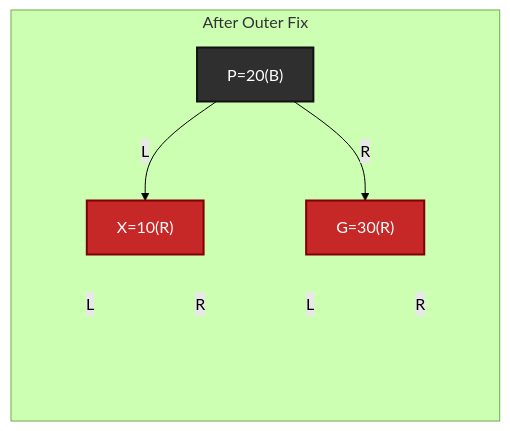
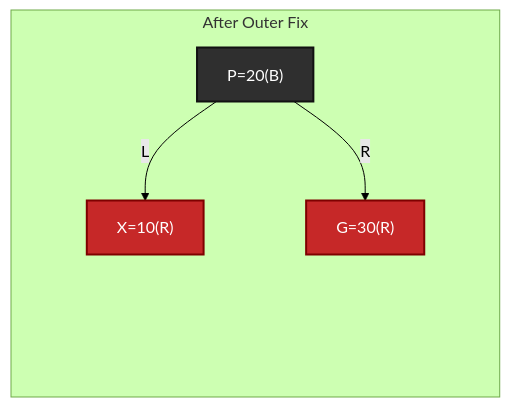
Diagram 16 of 24 in knowledge/linux/data_structures/红黑树_rb-tree/P35_红黑插入与红红冲突上推.md (FormingSystem/linux_note), drawn with Mermaid (forest theme) before and after one commit. The commit also changed other lines of this file and 5 other files, not shown here.

````diff
--- a/knowledge/linux/data_structures/红黑树_rb-tree/P35_红黑插入与红红冲突上推.md
+++ b/knowledge/linux/data_structures/红黑树_rb-tree/P35_红黑插入与红红冲突上推.md
@@ -861,34 +861,34 @@
 ```mermaid
 graph LR
 	subgraph "After Outer Fix"
 		P["P=20(B)"]
 		X["X=10(R)"]
 		G["G=30(R)"]
 		XL[" "]
 		XR[" "]
 		GL[" "]
 		GR[" "]
 	end
 
 	P -->|"L"| X
 	P -->|"R"| G
 
-	X -->|"L"| XL
-	X -->|"R"| XR
+	X --> XL
+	X --> XR
 
-	G -->|"L"| GL
-	G -->|"R"| GR
+	G --> GL
+	G --> GR
 
 	classDef black fill:#2f2f2f,stroke:#111,color:#fff,stroke-width:2px;
 	classDef red fill:#c62828,stroke:#7f0000,color:#fff,stroke-width:2px;
 	classDef ghost fill:transparent,stroke:transparent,color:transparent;
 
 	class P black;
 	class X,G red;
 	class XL,XR,GL,GR ghost;
 
 	linkStyle 2 stroke:transparent;
 	linkStyle 3 stroke:transparent;
 	linkStyle 4 stroke:transparent;
 	linkStyle 5 stroke:transparent;
 ```
````
